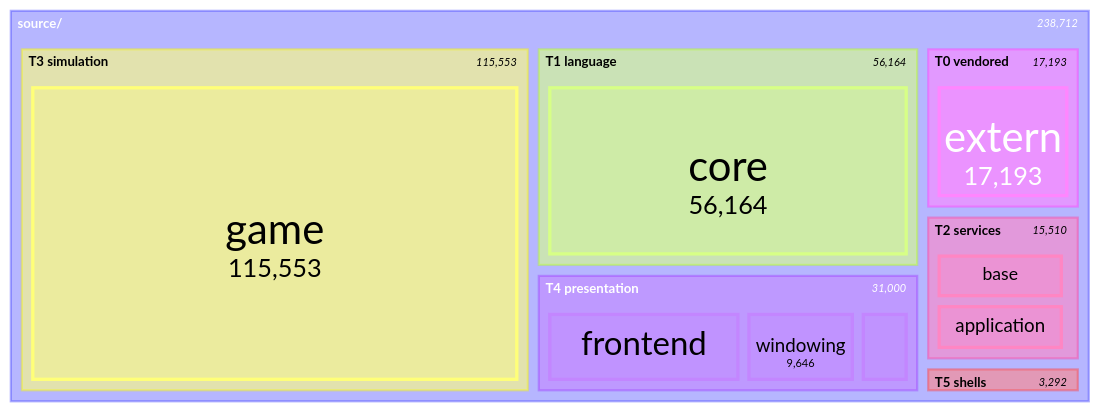
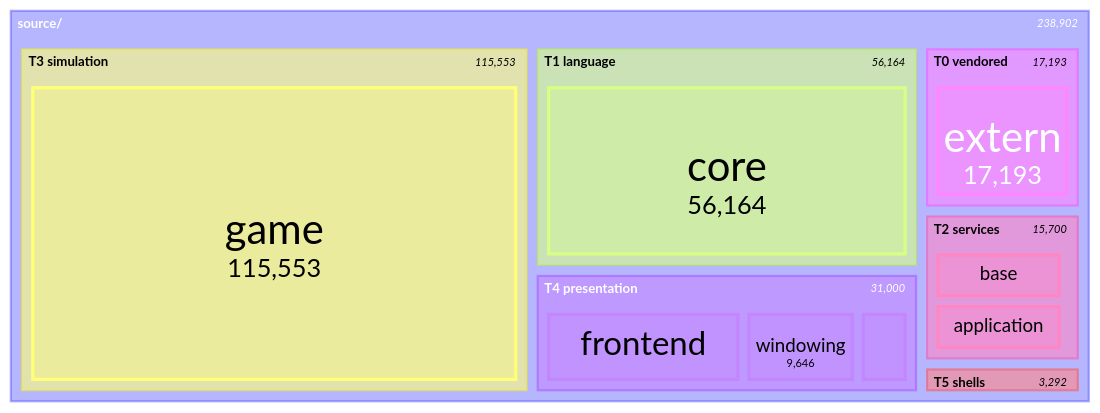
The seventh of 11 diagrams in docs/architecture/system-boundaries.md (apnex/OpenStarbound), drawn with Mermaid before and after one commit. The commit also changed other lines of this file and 2 other files, not shown here.

First line of the commit message:
GM-1 Task 7: the metrics CLI -- measures a process from outside it

````diff
--- a/docs/architecture/system-boundaries.md
+++ b/docs/architecture/system-boundaries.md
@@ -587,22 +592,22 @@
 ```mermaid
 treemap-beta
 "source/"
     "T0 vendored"
         "extern": 17193
     "T1 language"
         "core": 56164
     "T2 services"
         "base": 7449
         "application": 7444
-        "metrics": 475
+        "metrics": 665
         "platform": 142
     "T3 simulation"
         "game": 115553
     "T4 presentation"
         "frontend": 16863
         "windowing": 9646
         "rendering": 4491
     "T5 shells"
         "client": 2509
         "server": 783
 ```
````
